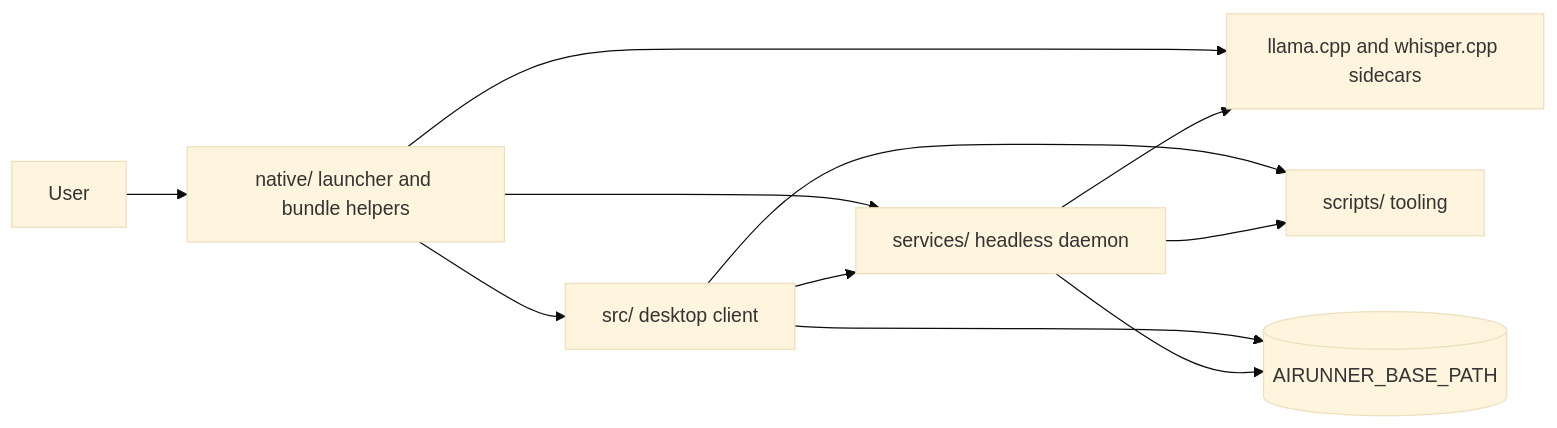
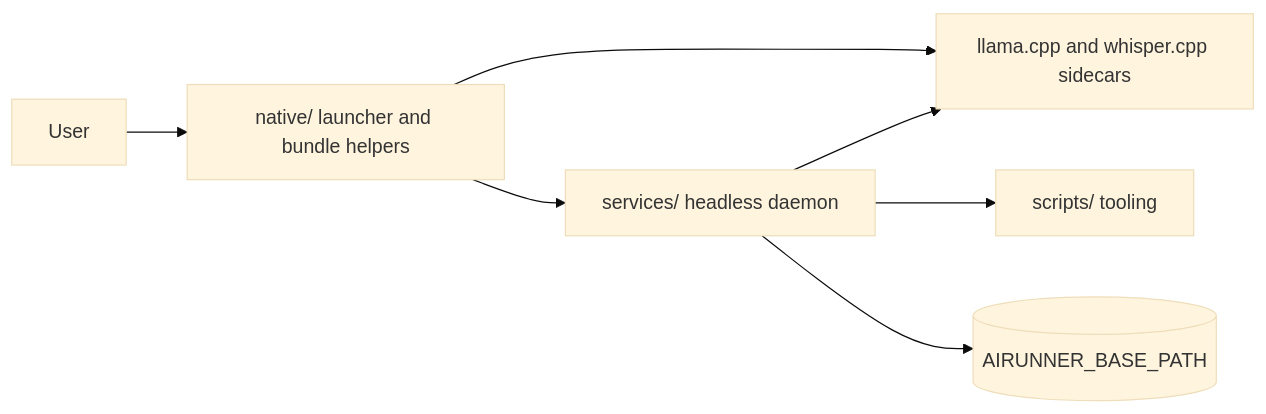
The diagram in docs/architecture/layered_product_architecture.md (Capsize-Games/airunner), drawn with Mermaid (base theme) before and after one commit. The commit also changed other lines of this file and 9 other files, not shown here.

First line of the commit message:
docs: mark retired GUI/src references historical, fix legacy endpoint and thresholds

````diff
--- a/docs/architecture/layered_product_architecture.md
+++ b/docs/architecture/layered_product_architecture.md
@@ -8,13 +12,9 @@
 ```mermaid
 flowchart LR
     User[User] --> Native[native/ launcher and bundle helpers]
-    Native --> GUI[src/ desktop client]
     Native --> Daemon[services/ headless daemon]
-    GUI --> Daemon
     Native --> Sidecars[llama.cpp and whisper.cpp sidecars]
     Daemon --> Sidecars
-    GUI --> Scripts[scripts/ tooling]
-    Daemon --> Scripts
-    GUI --> Data[(AIRUNNER_BASE_PATH)]
-    Daemon --> Data
+    Daemon --> Scripts[scripts/ tooling]
+    Daemon --> Data[(AIRUNNER_BASE_PATH)]
 ```
````
